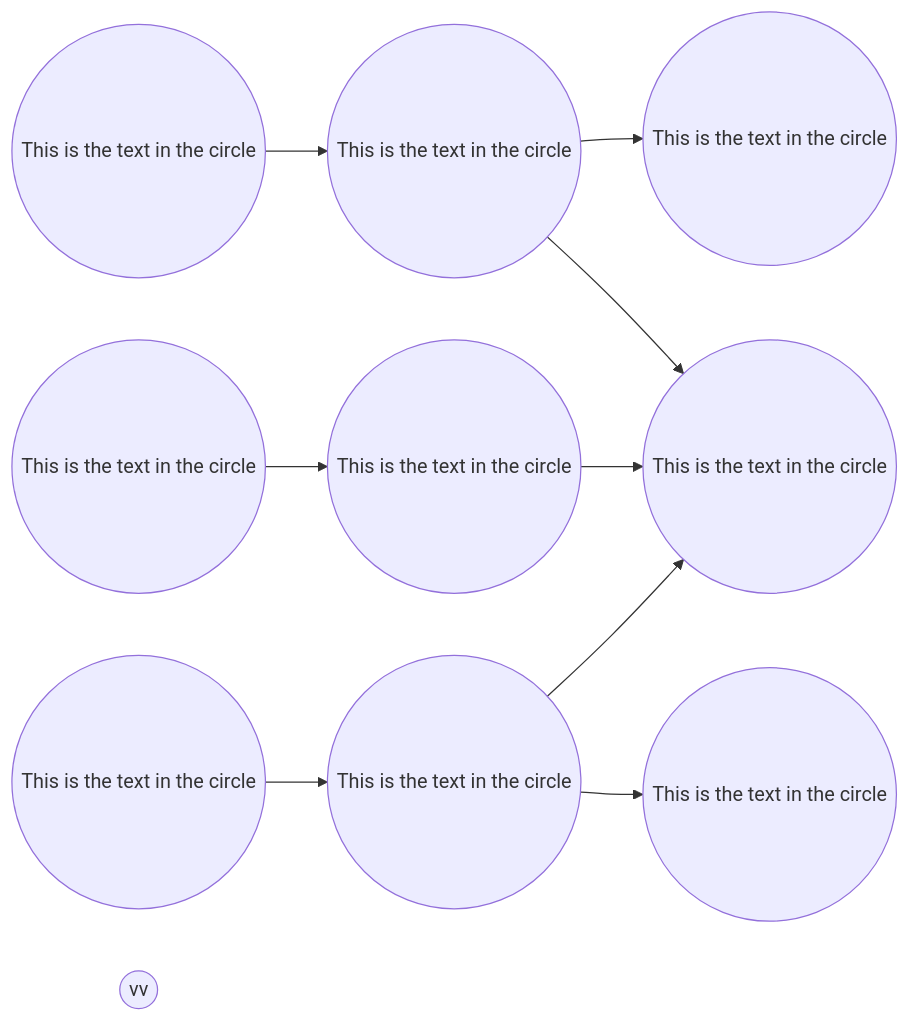
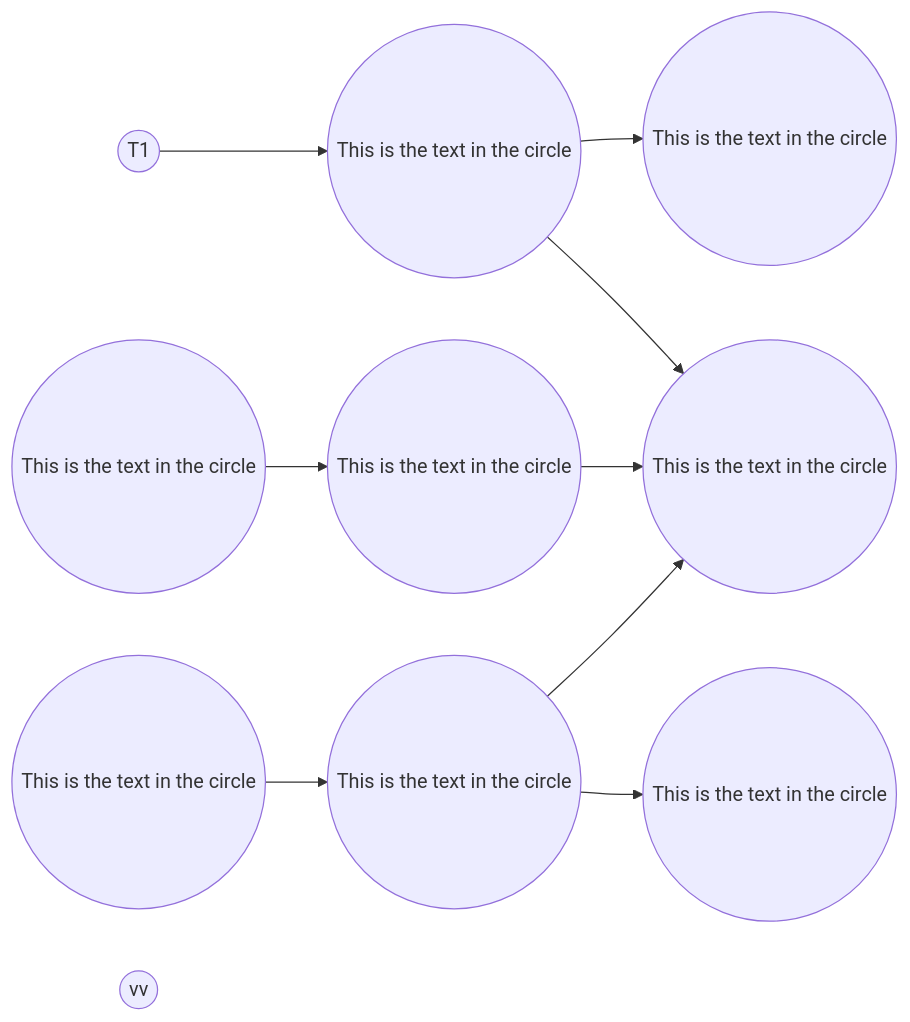
One commit to gerbssusd/dok changed the second of 2 diagrams in slides.md. Above: the diagram before and after it, drawn with Mermaid.

````diff
--- a/slides.md
+++ b/slides.md
@@ -499,15 +499,15 @@
 ```mermaid {scale: .60}
 
 flowchart LR
-    id1((This is the text in the circle)) -->
+    id1((T1)) -->
     id2((This is the text in the circle)) -->
     id3((This is the text in the circle))
        id3.1((This is the text in the circle))-->
        id3.2((This is the text in the circle))-->id4
    id2 --> id4((This is the text in the circle)) 
     id5((This is the text in the circle)) -->
       id6((This is the text in the circle))--> id4 
    id6--> id7((This is the text in the circle))
        id8((vv))
 
 ```
````
